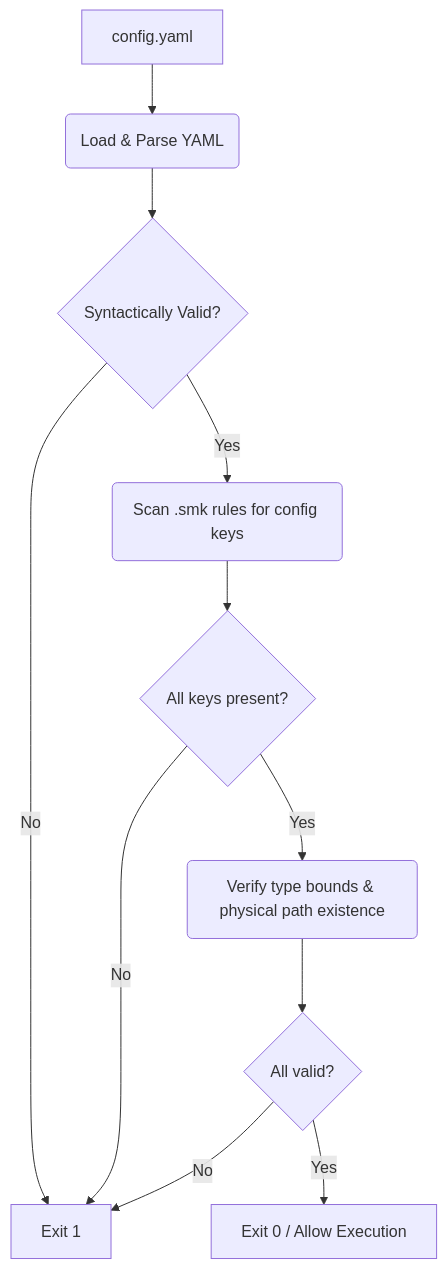
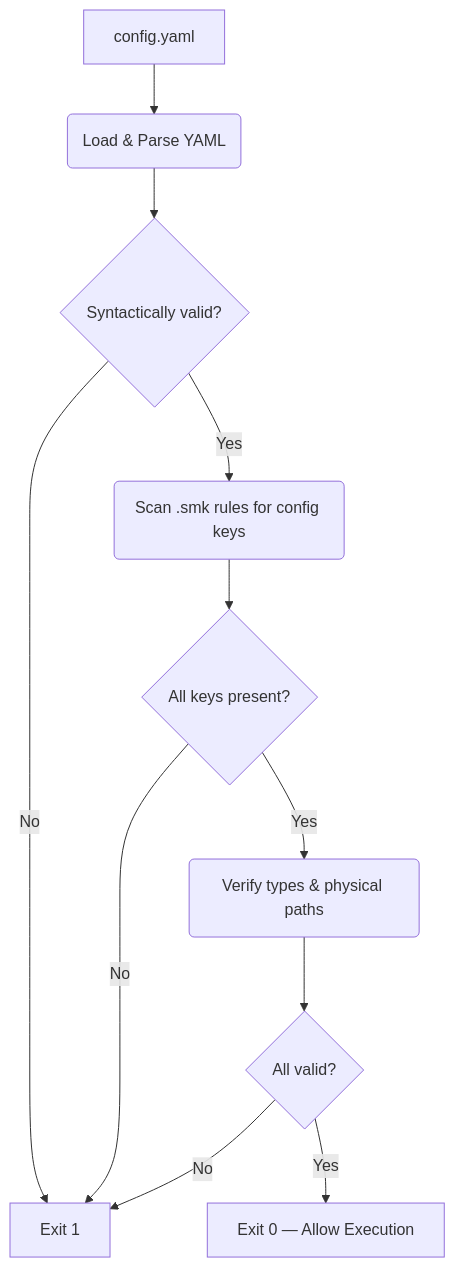
One commit to BDB-Genomics/bdb-rnaseq changed the second of 7 diagrams in rules/scripts/README.md. Above: the diagram before and after it, drawn with Mermaid. The commit also changed other lines of this file, not shown here.

````diff
--- a/rules/scripts/README.md
+++ b/rules/scripts/README.md
@@ -72,13 +66,13 @@
 ```mermaid
 graph TD
     A[config.yaml] --> B(Load & Parse YAML)
-    B --> C{Syntactically Valid?}
+    B --> C{Syntactically valid?}
     C -- No --> D[Exit 1]
     C -- Yes --> E(Scan .smk rules for config keys)
     E --> F{All keys present?}
     F -- No --> D
-    F -- Yes --> G(Verify type bounds & physical path existence)
+    F -- Yes --> G(Verify types & physical paths)
     G --> H{All valid?}
     H -- No --> D
-    H -- Yes --> I[Exit 0 / Allow Execution]
+    H -- Yes --> I[Exit 0 — Allow Execution]
 ```
````
